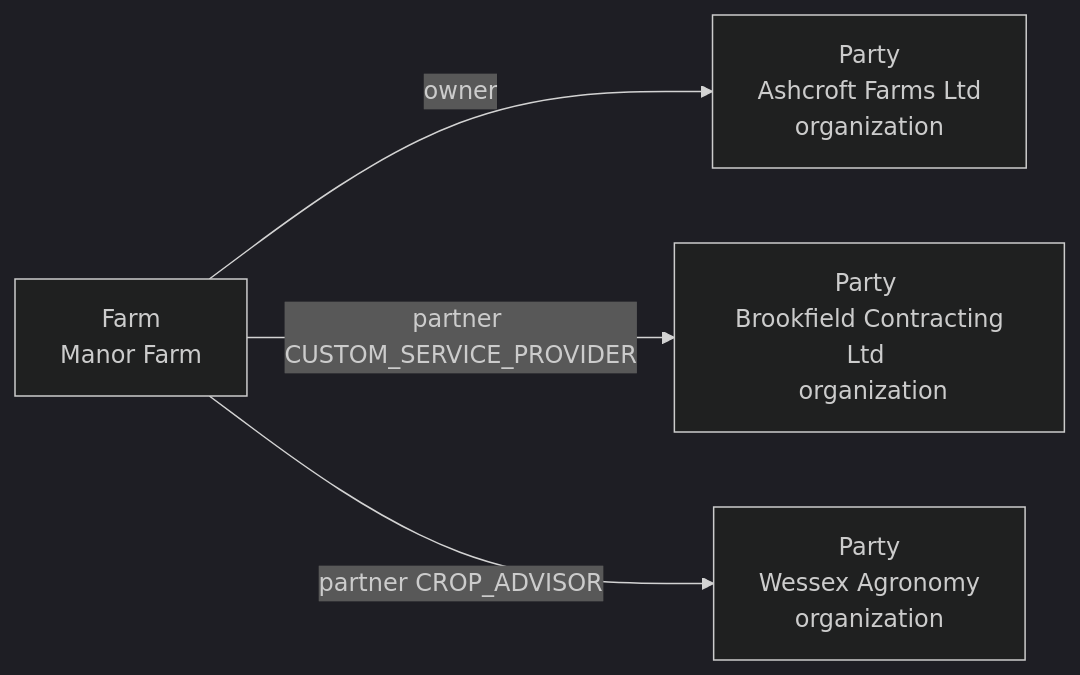
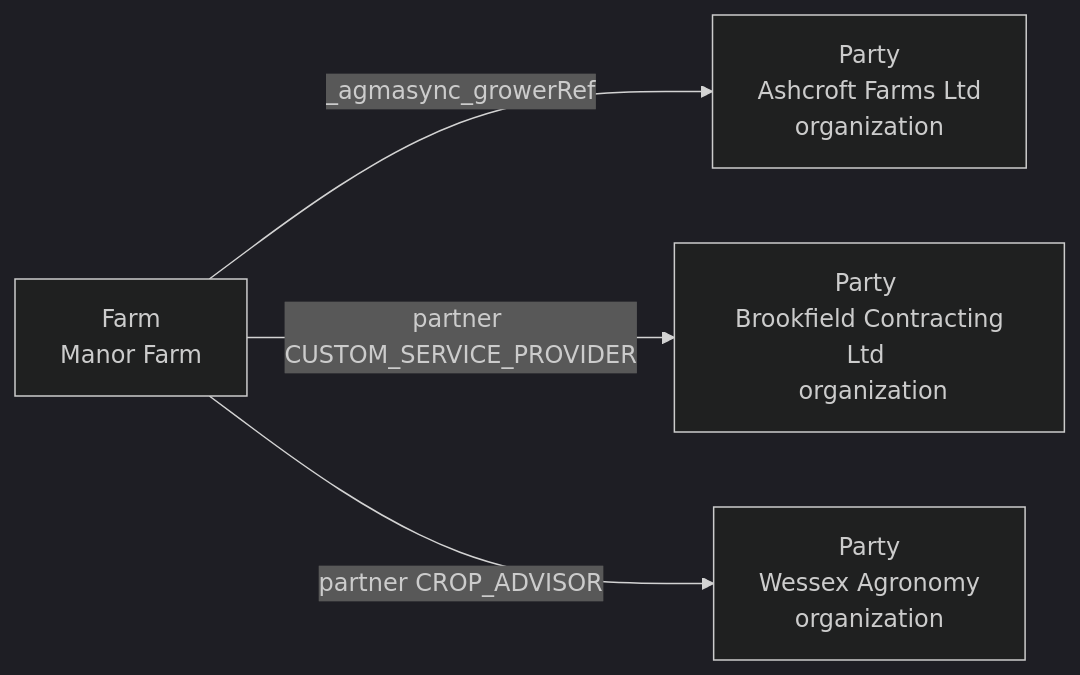
One commit to DKE-Data/masterdata-sync-working-group changed the fourth of 6 diagrams in architecture/08-party-model.md. Above: the diagram before and after it, drawn with Mermaid (dark theme). The commit also changed other lines of this file and 11 other files, not shown here.

````diff
--- a/architecture/08-party-model.md
+++ b/architecture/08-party-model.md
@@ -137,6 +135,6 @@
 ```mermaid
 flowchart LR
-    F["Farm \n Manor Farm"] -->|"owner"| O["Party \n Ashcroft Farms Ltd \n organization"]
+    F["Farm \n Manor Farm"] -->|"_agmasync_growerRef"| O["Party \n Ashcroft Farms Ltd \n organization"]
     F -->|"partner CUSTOM_SERVICE_PROVIDER"| M["Party \n Brookfield Contracting Ltd \n organization"]
     F -->|"partner CROP_ADVISOR"| S["Party \n Wessex Agronomy \n organization"]
 ```
````
